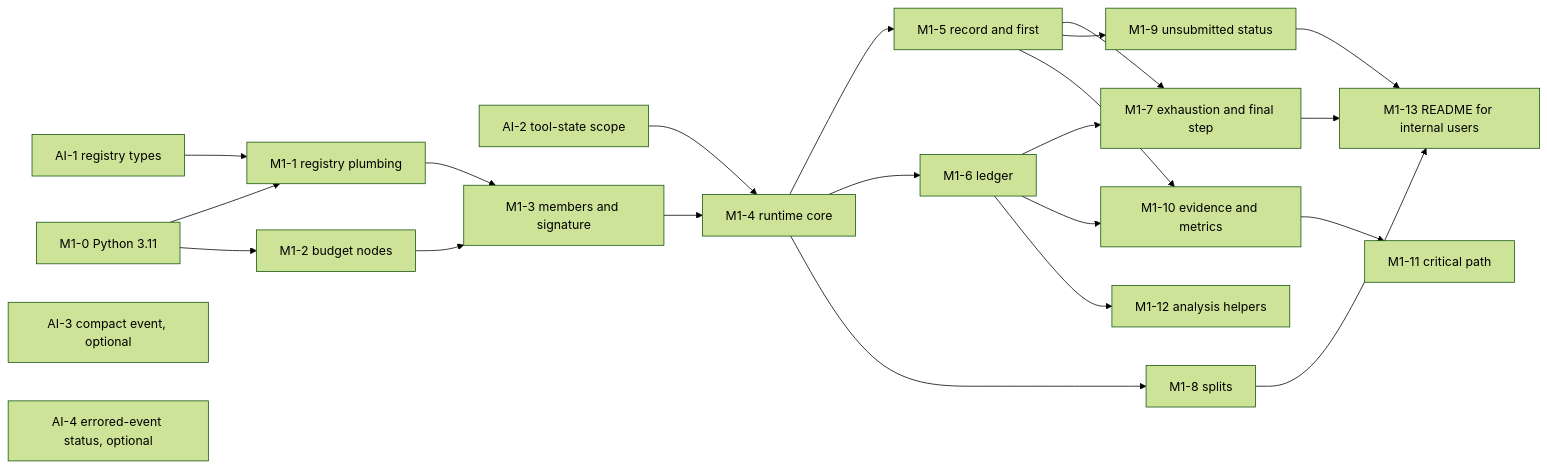
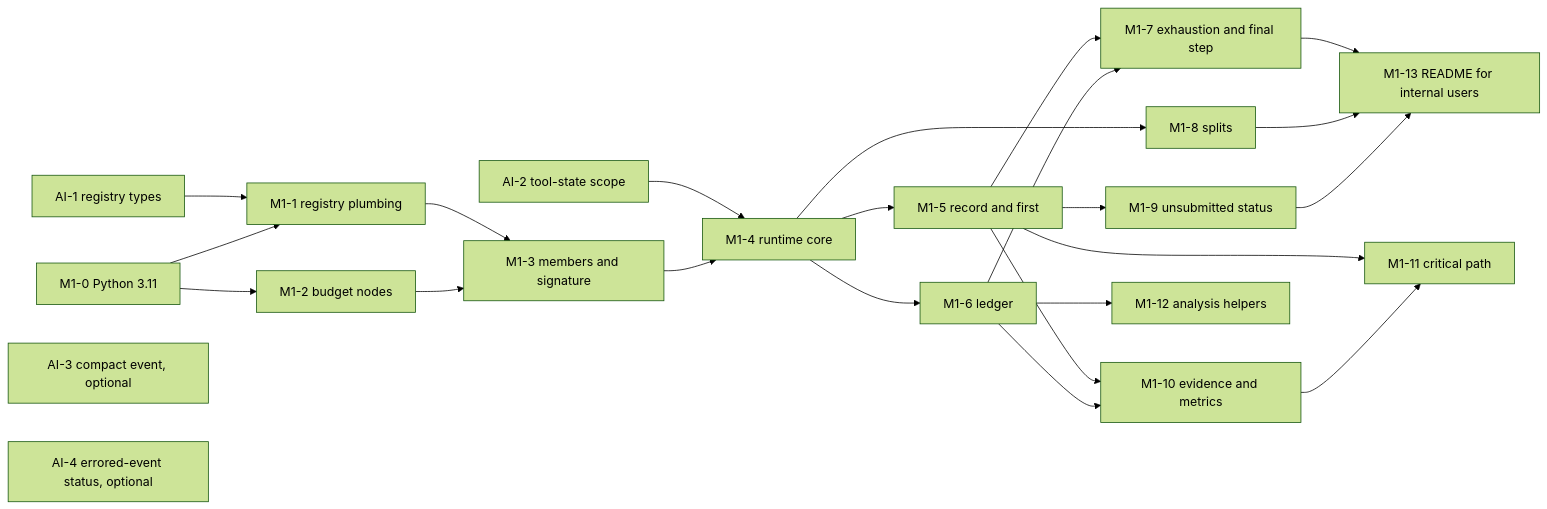
Before and after one commit to meridianlabs-ai/inspect_swarm: the first of 2 diagrams in design/swarm-implementation-plan.md, drawn with Mermaid (forest theme). The commit also changed other lines of this file and 3 other files, not shown here.

````diff
--- a/design/swarm-implementation-plan.md
+++ b/design/swarm-implementation-plan.md
@@ -112,25 +118,26 @@
 ```mermaid
 flowchart LR
   AI1[AI-1 registry types] --> M1_1
   AI2[AI-2 tool-state scope] --> M1_4
   M1_0[M1-0 Python 3.11] --> M1_1[M1-1 registry plumbing]
   M1_0 --> M1_2[M1-2 budget nodes]
   M1_1 --> M1_3[M1-3 members and signature]
   M1_2 --> M1_3
   M1_3 --> M1_4[M1-4 runtime core]
   M1_4 --> M1_5[M1-5 record and first]
   M1_4 --> M1_6[M1-6 ledger]
   M1_4 --> M1_8[M1-8 splits]
   M1_5 --> M1_7[M1-7 exhaustion and final step]
   M1_6 --> M1_7
   M1_5 --> M1_9[M1-9 unsubmitted status]
   M1_5 --> M1_10[M1-10 evidence and metrics]
   M1_6 --> M1_10
   M1_6 --> M1_12[M1-12 analysis helpers]
-  M1_10 --> M1_11[M1-11 critical path]
+  M1_5 --> M1_11[M1-11 critical path]
+  M1_10 --> M1_11
   M1_7 --> M1_13[M1-13 README for internal users]
   M1_8 --> M1_13
   M1_9 --> M1_13
   AI3[AI-3 compact event, optional]
   AI4[AI-4 errored-event status, optional]
 ```
````
